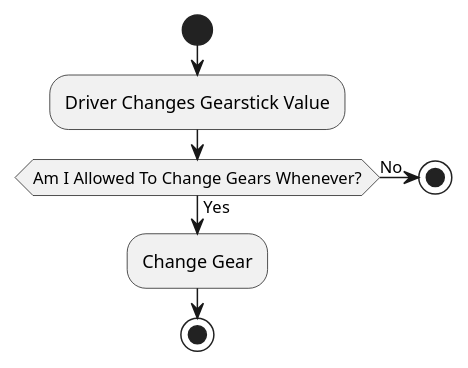
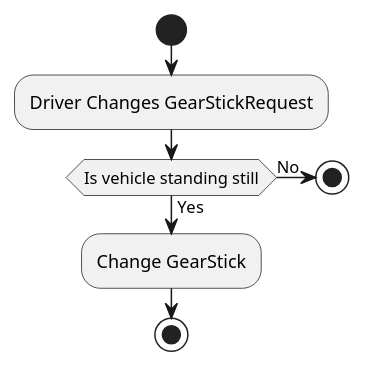
One commit to SubspaceBob/bootcamp_project changed the diagram in docs/src/activity_change_gear.wsd. Above: the diagram before and after it, drawn with PlantUML. The commit also changed 5 other files, not shown here.

```diff
--- a/docs/src/activity_change_gear.wsd
+++ b/docs/src/activity_change_gear.wsd
@@ -1,10 +1,10 @@
 @startuml
 start
-:Driver Changes Gearstick Value;
-if (Am I Allowed To Change Gears Whenever?) then (No)
+:Driver Changes GearStickRequest;
+if (Is vehicle standing still) then (No)
     stop
 else (Yes)
-    :Change Gear;
+    :Change GearStick;
 endif
 stop
 @enduml
```
